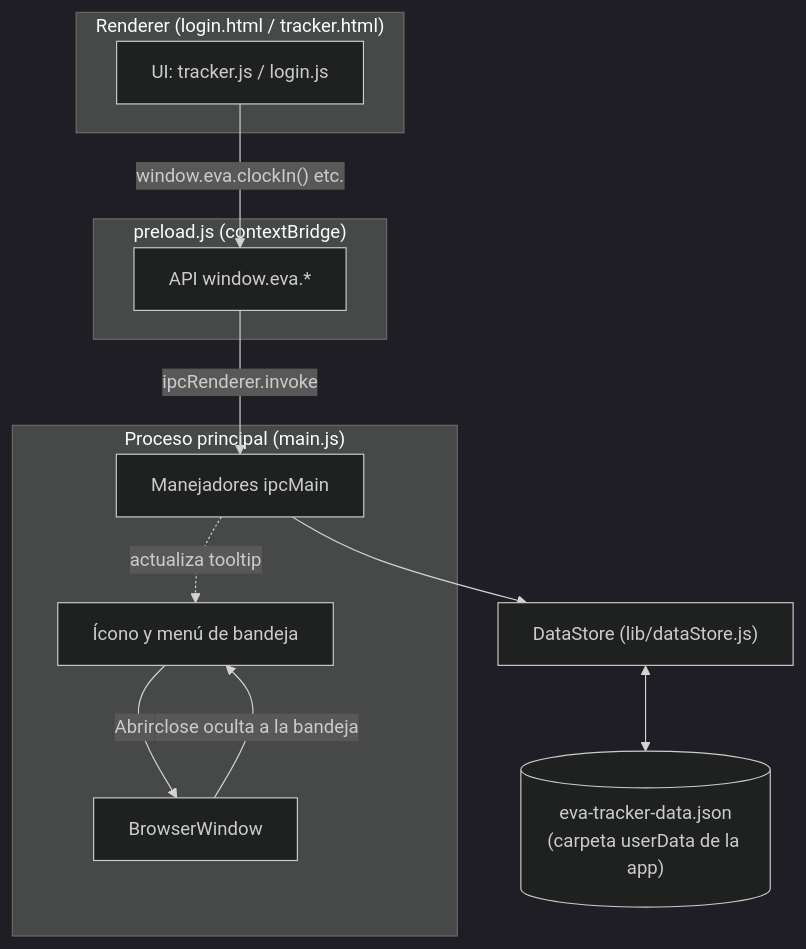
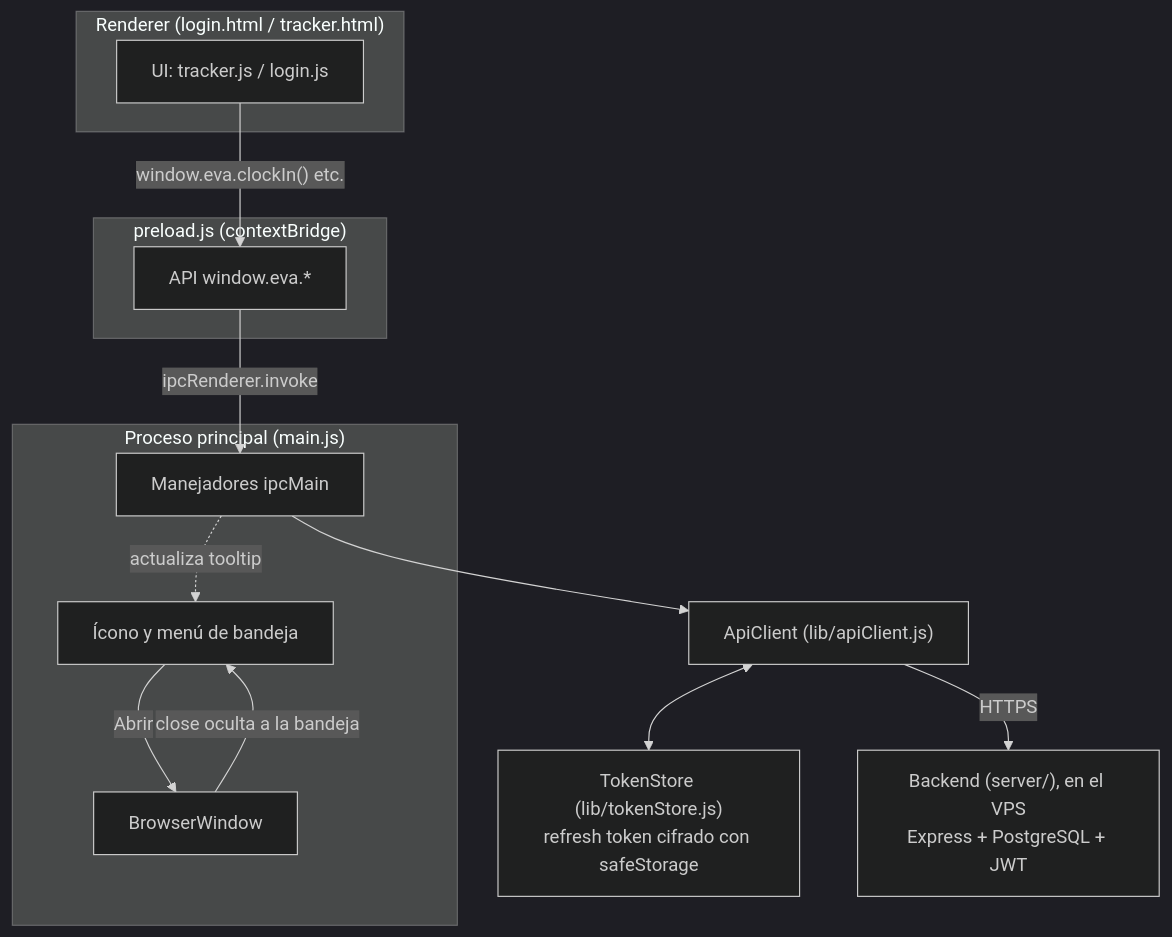
The first of 2 diagrams in README.md (DanielGuerrero666/EVA-Tracker-App), drawn with Mermaid (dark theme) before and after one commit. The commit also changed other lines of this file and 46 other files, not shown here.

````diff
--- a/README.md
+++ b/README.md
@@ -23,27 +23,29 @@
 ```mermaid
 flowchart TB
     subgraph Renderer["Renderer (login.html / tracker.html)"]
         UI["UI: tracker.js / login.js"]
     end
 
     subgraph Preload["preload.js (contextBridge)"]
         API["API window.eva.*"]
     end
 
     subgraph Main["Proceso principal (main.js)"]
         IPC["Manejadores ipcMain"]
         Tray["Ícono y menú de bandeja"]
         Win["BrowserWindow"]
     end
 
-    Store["DataStore (lib/dataStore.js)"]
-    JSON[("eva-tracker-data.json<br/>(carpeta userData de la app)")]
+    Client["ApiClient (lib/apiClient.js)"]
+    Tokens["TokenStore (lib/tokenStore.js)<br/>refresh token cifrado con safeStorage"]
+    API_Server["Backend (server/), en el VPS<br/>Express + PostgreSQL + JWT"]
 
     UI -->|"window.eva.clockIn() etc."| API
     API -->|ipcRenderer.invoke| IPC
-    IPC --> Store
-    Store <--> JSON
+    IPC --> Client
+    Client <--> Tokens
+    Client -->|HTTPS| API_Server
     IPC -.->|actualiza tooltip| Tray
     Win -->|"close" oculta a la bandeja| Tray
     Tray -->|Abrir| Win
 ```
````
